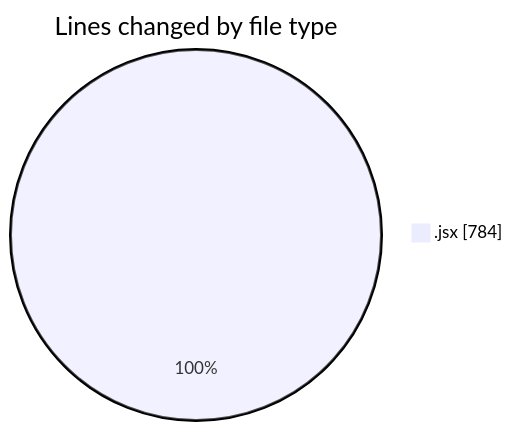
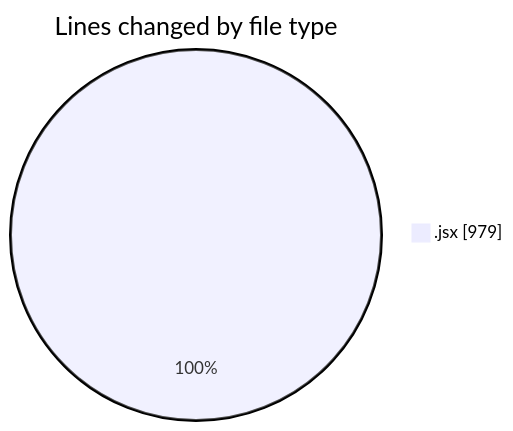
The first of 2 diagrams in 2025-05-27/nxtqube_webapp/README.md (nxtqubesakshisongat/code-tracking), drawn with Mermaid before and after one commit. The commit also changed other lines of this file and 1 other file, not shown here.

````diff
--- a/2025-05-27/nxtqube_webapp/README.md
+++ b/2025-05-27/nxtqube_webapp/README.md
@@ -21,5 +21,5 @@
 ```mermaid
 pie showData
 title Lines changed by file type
-".jsx" : 784
+".jsx" : 979
 ```
````
